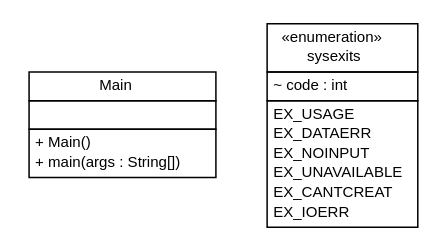
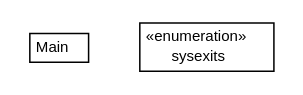
The diagram in brmo-commandline/apidocs/nl/b3p/brmo/commandline/nl.b3p.brmo.commandline.dot (B3Partners/brmo), drawn with Graphviz before and after one commit. The commit also changed 69 other files, not shown here.

```diff
--- a/brmo-commandline/apidocs/nl/b3p/brmo/commandline/nl.b3p.brmo.commandline.dot
+++ b/brmo-commandline/apidocs/nl/b3p/brmo/commandline/nl.b3p.brmo.commandline.dot
@@ -1,43 +1,25 @@
 #!/usr/local/bin/dot
 #
 # Class diagram 
 # Generated by UMLGraph version R5_6-24-gf6e263 (http://www.umlgraph.org/)
 #
 
 digraph G {
 	edge [fontname="Helvetica",fontsize=10,labelfontname="Helvetica",labelfontsize=10];
 	node [fontname="Helvetica",fontsize=10,shape=plaintext];
 	nodesep=0.25;
 	ranksep=0.5;
 	// nl.b3p.brmo.commandline.Main
 	c0 [label=<<table title="nl.b3p.brmo.commandline.Main" border="0" cellborder="1" cellspacing="0" cellpadding="2" port="p" href="./Main.html">
 		<tr><td><table border="0" cellspacing="0" cellpadding="1">
 <tr><td align="center" balign="center"> Main </td></tr>
 		</table></td></tr>
-		<tr><td><table border="0" cellspacing="0" cellpadding="1">
-<tr><td align="left" balign="left">  </td></tr>
-		</table></td></tr>
-		<tr><td><table border="0" cellspacing="0" cellpadding="1">
-<tr><td align="left" balign="left"> + Main() </td></tr>
-<tr><td align="left" balign="left"> + main(args : String[]) </td></tr>
-		</table></td></tr>
 		</table>>, URL="./Main.html", fontname="Helvetica", fontcolor="black", fontsize=10.0];
 	// nl.b3p.brmo.commandline.Main.sysexits
 	c1 [label=<<table title="nl.b3p.brmo.commandline.Main.sysexits" border="0" cellborder="1" cellspacing="0" cellpadding="2" port="p" href="./Main.sysexits.html">
 		<tr><td><table border="0" cellspacing="0" cellpadding="1">
 <tr><td align="center" balign="center"> &#171;enumeration&#187; </td></tr>
 <tr><td align="center" balign="center"> sysexits </td></tr>
 		</table></td></tr>
-		<tr><td><table border="0" cellspacing="0" cellpadding="1">
-<tr><td align="left" balign="left"> ~ code : int </td></tr>
-		</table></td></tr>
-		<tr><td><table border="0" cellspacing="0" cellpadding="1">
-<tr><td align="left" balign="left"> EX_USAGE </td></tr>
-<tr><td align="left" balign="left"> EX_DATAERR </td></tr>
-<tr><td align="left" balign="left"> EX_NOINPUT </td></tr>
-<tr><td align="left" balign="left"> EX_UNAVAILABLE </td></tr>
-<tr><td align="left" balign="left"> EX_CANTCREAT </td></tr>
-<tr><td align="left" balign="left"> EX_IOERR </td></tr>
-		</table></td></tr>
 		</table>>, URL="./Main.sysexits.html", fontname="Helvetica", fontcolor="black", fontsize=10.0];
 }
```
